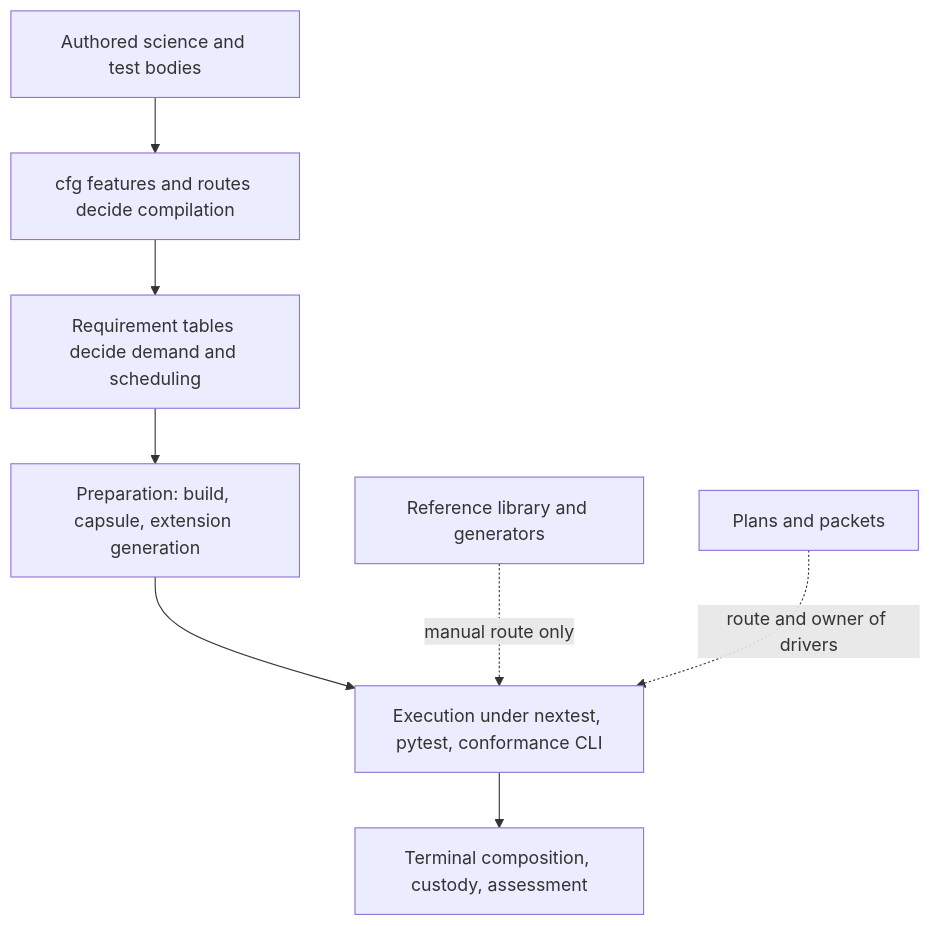
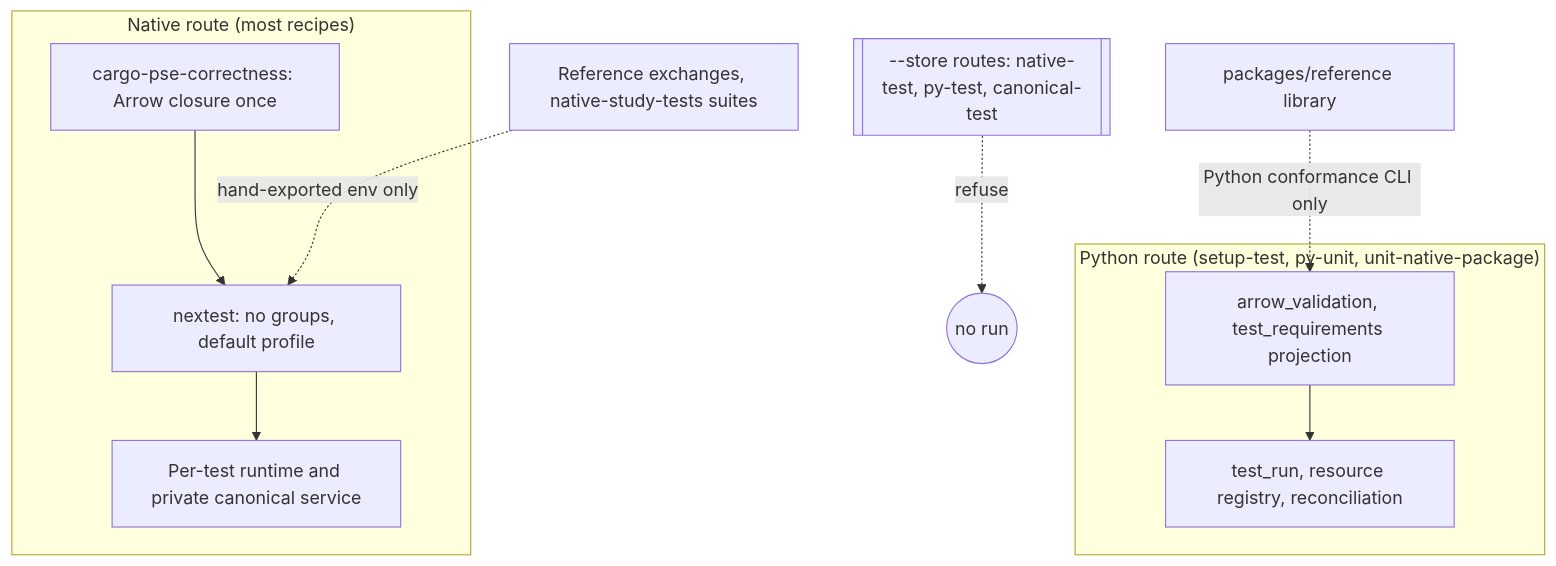
One commit to paul-heyse/pse-arrow changed the diagram in docs/design_review/test-audit/architecture-and-assurance.md. Above: the diagram before and after it, drawn with Mermaid. The commit also changed other lines of this file and 6 other files, not shown here.

````diff
--- a/docs/design_review/test-audit/architecture-and-assurance.md
+++ b/docs/design_review/test-audit/architecture-and-assurance.md
@@ -30,10 +36,13 @@
 ```mermaid
 flowchart TB
-    S[Authored science and test bodies] --> A[cfg features and routes decide compilation]
-    A --> Q[Requirement tables decide demand and scheduling]
-    Q --> P[Preparation: build, capsule, extension generation]
-    P --> X[Execution under nextest, pytest, conformance CLI]
-    X --> T[Terminal composition, custody, assessment]
-    R[Reference library and generators] -. manual route only .-> X
-    H[Plans and packets] -. route and owner of drivers .-> X
+    subgraph Native["Native route (most recipes)"]
+      A[cargo-pse-correctness: Arrow closure once] --> N[nextest: no groups, default profile]
+      N --> F[Per-test runtime and private canonical service]
+    end
+    subgraph Python["Python route (setup-test, py-unit, unit-native-package)"]
+      P[arrow_validation, test_requirements projection] --> R[test_run, resource registry, reconciliation]
+    end
+    X[[--store routes: native-test, py-test, canonical-test]] -. refuse .-> Z((no run))
+    E[Reference exchanges, native-study-tests suites] -. hand-exported env only .-> N
+    L[packages/reference library] -. Python conformance CLI only .-> P
 ```
````
